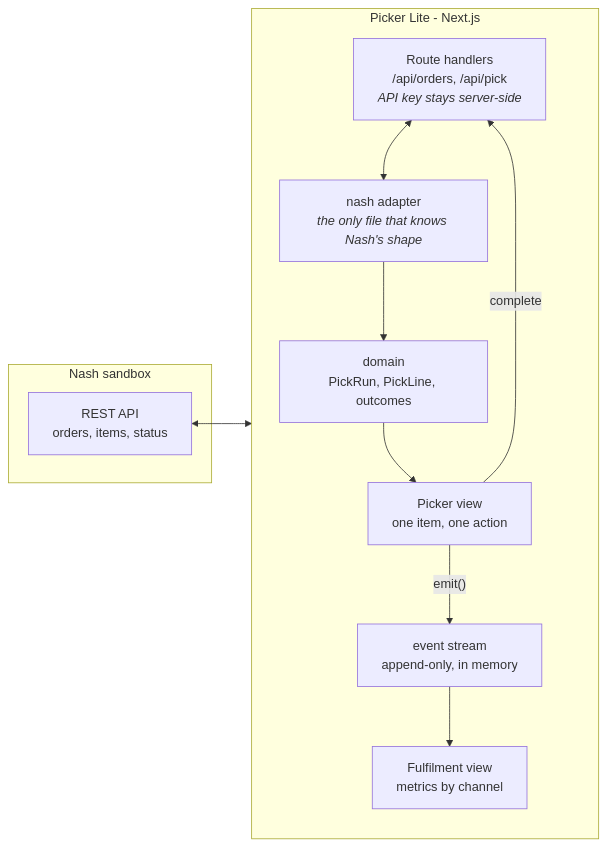
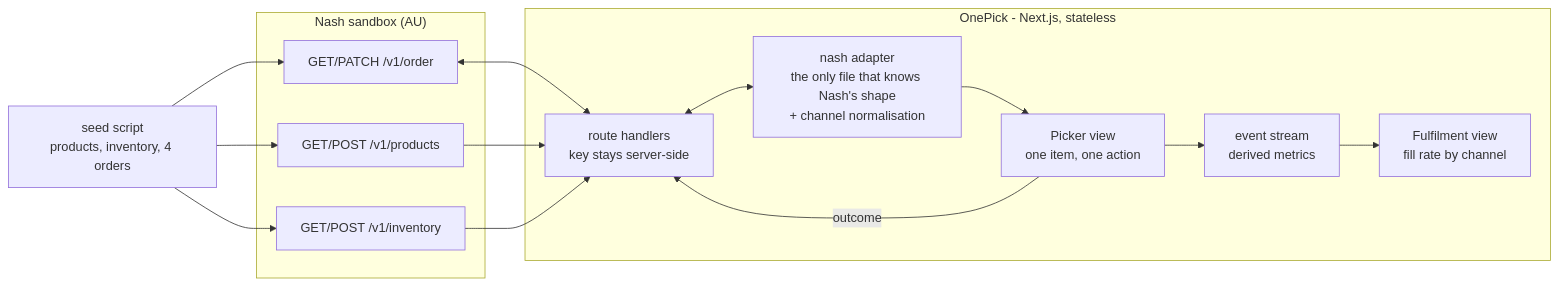
One commit to shawn-dsz/nash-picker changed the diagram in plan.md. Above: the diagram before and after it, drawn with Mermaid. The commit also changed other lines of this file, not shown here.

First line of the commit message:
plan: rewrite against the briefing call and the pick-and-pack model

````diff
--- a/plan.md
+++ b/plan.md
@@ -65,24 +125,24 @@
 ```mermaid
 flowchart LR
-  subgraph nash["Nash sandbox"]
-    api["REST API<br/>orders, items, status"]
+  subgraph nash["Nash sandbox (AU)"]
+    orders["GET/PATCH /v1/order"]
+    prod["GET/POST /v1/products"]
+    inv["GET/POST /v1/inventory"]
   end
 
-  subgraph app["Picker Lite - Next.js"]
-    direction TB
-    route["Route handlers<br/>/api/orders, /api/pick<br/><i>API key stays server-side</i>"]
-    adapter["nash adapter<br/><i>the only file that knows Nash's shape</i>"]
-    domain["domain<br/>PickRun, PickLine, outcomes"]
-    events["event stream<br/>append-only, in memory"]
+  subgraph app["OnePick - Next.js, stateless"]
+    route["route handlers<br/>key stays server-side"]
+    adapter["nash adapter<br/>the only file that knows Nash's shape<br/>+ channel normalisation"]
     picker["Picker view<br/>one item, one action"]
-    mgr["Fulfilment view<br/>metrics by channel"]
+    ops["Fulfilment view<br/>fill rate by channel"]
+    events["event stream<br/>derived metrics"]
   end
 
-  api <--> route
+  seed["seed script<br/>products, inventory, 4 orders"] --> prod & inv & orders
+  orders <--> route
+  prod & inv --> route
   route <--> adapter
-  adapter --> domain
-  domain --> picker
-  picker -- "emit()" --> events
-  events --> mgr
-  picker -- "complete" --> route
+  adapter --> picker
+  picker -- "outcome" --> route
+  picker --> events --> ops
 ```
````
